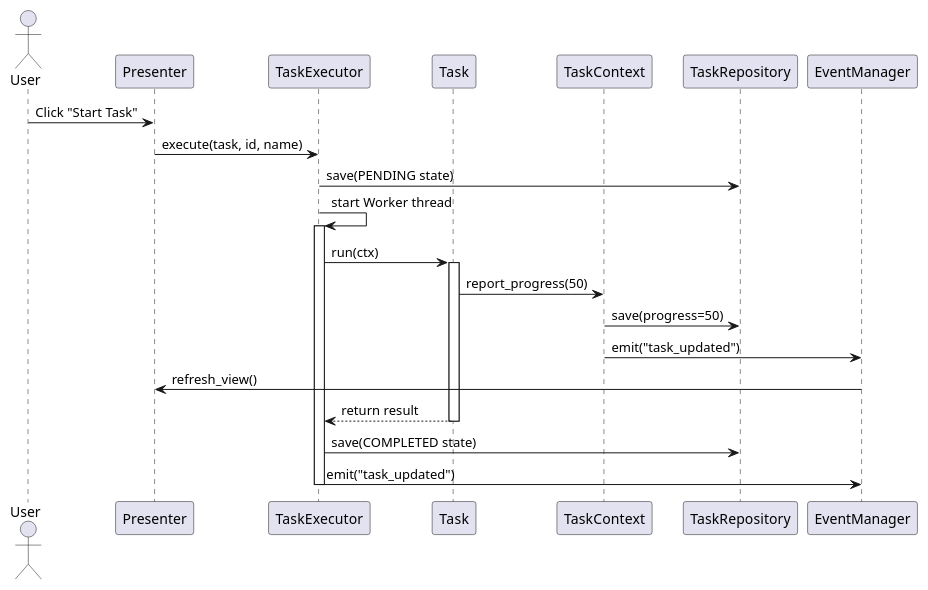
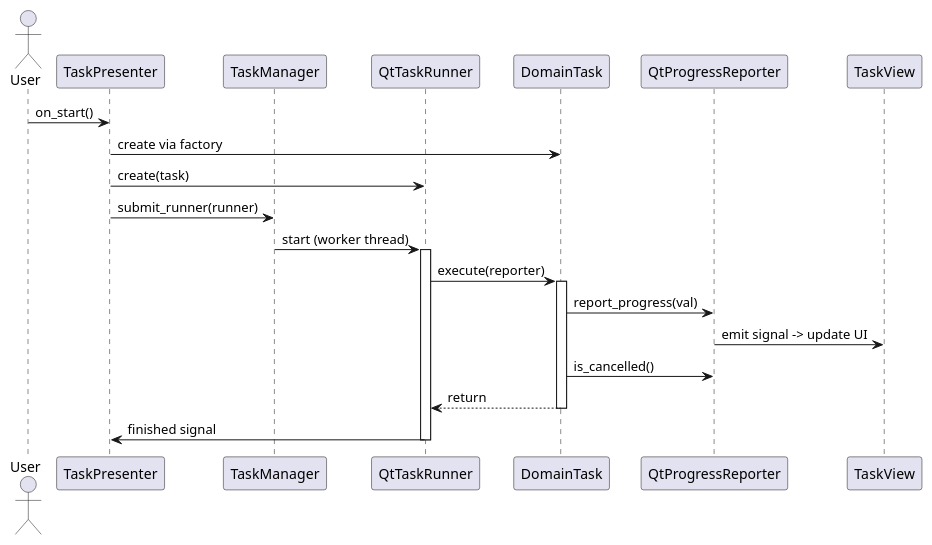
One commit to anhembedded/PySideTaskFlow changed the diagram in docs/SEQUENCE_DIAGRAM.md. Above: the diagram before and after it, drawn with PlantUML. The commit also changed 71 other files, not shown here.

First line of the commit message:
Implement task-based framework according to UML design

```diff
--- a/docs/SEQUENCE_DIAGRAM.md
+++ b/docs/SEQUENCE_DIAGRAM.md
@@ -1,29 +1,26 @@
 @startuml
 actor User
-participant Presenter
-participant TaskExecutor
-participant Task
-participant TaskContext
-participant TaskRepository
-participant EventManager
+participant TaskPresenter
+participant TaskManager
+participant QtTaskRunner
+participant DomainTask
+participant QtProgressReporter
+participant TaskView
 
-User -> Presenter: Click "Start Task"
-Presenter -> TaskExecutor: execute(task, id, name)
-TaskExecutor -> TaskRepository: save(PENDING state)
-TaskExecutor -> TaskExecutor: start Worker thread
-activate TaskExecutor
+User -> TaskPresenter: on_start()
+TaskPresenter -> DomainTask: create via factory
+TaskPresenter -> QtTaskRunner: create(task)
+TaskPresenter -> TaskManager: submit_runner(runner)
+TaskManager -> QtTaskRunner: start (worker thread)
 
-TaskExecutor -> Task: run(ctx)
-activate Task
-Task -> TaskContext: report_progress(50)
-TaskContext -> TaskRepository: save(progress=50)
-TaskContext -> EventManager: emit("task_updated")
-EventManager -> Presenter: refresh_view()
-
-Task --> TaskExecutor: return result
-deactivate Task
-
-TaskExecutor -> TaskRepository: save(COMPLETED state)
-TaskExecutor -> EventManager: emit("task_updated")
-deactivate TaskExecutor
+activate QtTaskRunner
+QtTaskRunner -> DomainTask: execute(reporter)
+activate DomainTask
+DomainTask -> QtProgressReporter: report_progress(val)
+QtProgressReporter -> TaskView: emit signal -> update UI
+DomainTask -> QtProgressReporter: is_cancelled()
+DomainTask --> QtTaskRunner: return
+deactivate DomainTask
+QtTaskRunner -> TaskPresenter: finished signal
+deactivate QtTaskRunner
 @enduml
```
